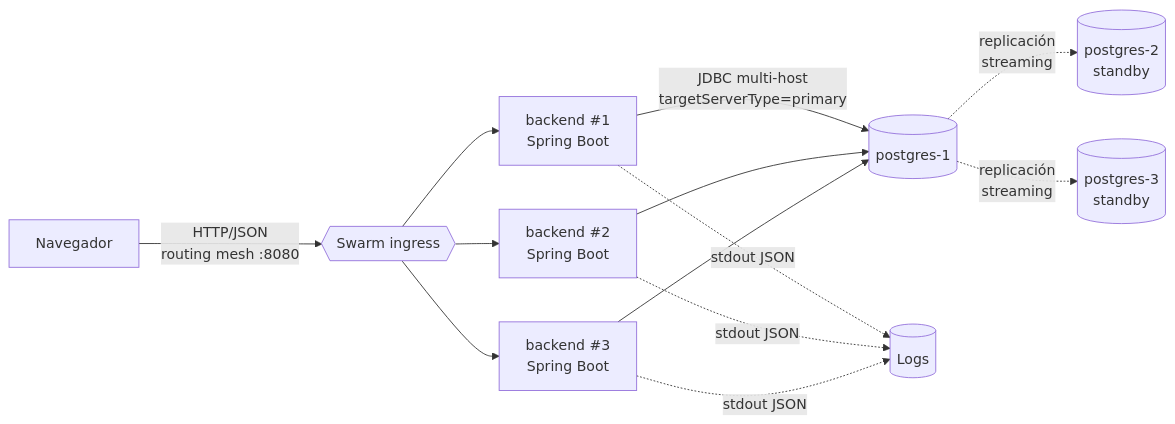
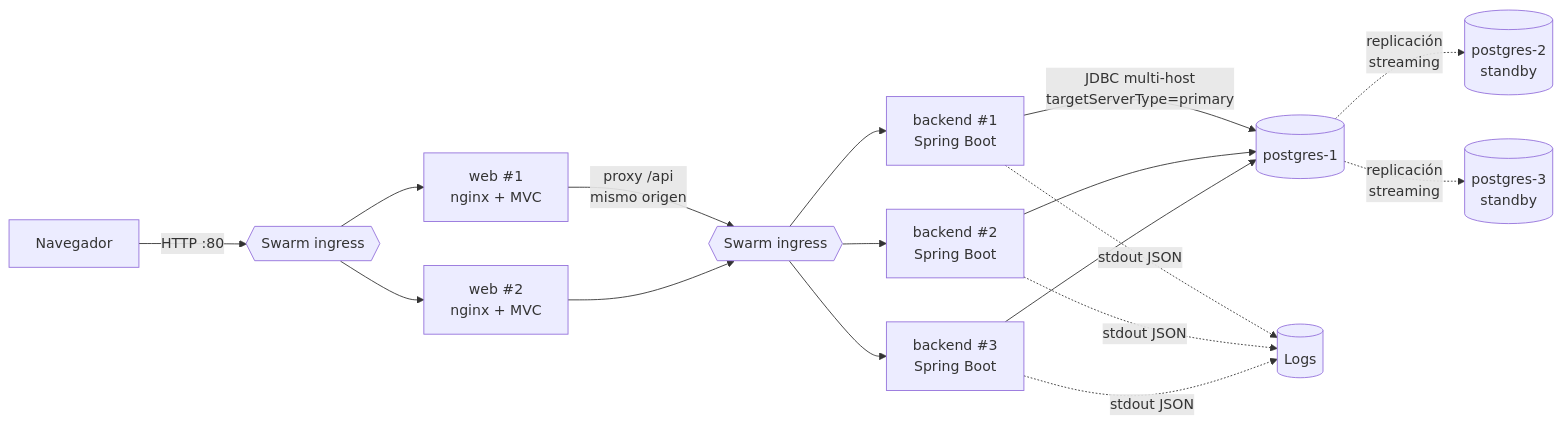
The third of 8 diagrams in backend/docs/documentacion-arquitectura.md (andreMD287/Taller1-ArquiSW), drawn with Mermaid before and after one commit. The commit also changed other lines of this file and 4 other files, not shown here.

````diff
--- a/backend/docs/documentacion-arquitectura.md
+++ b/backend/docs/documentacion-arquitectura.md
@@ -397,15 +405,19 @@
 ```mermaid
 graph LR
-    NAV[Navegador] -->|HTTP/JSON<br/>routing mesh :8080| SWARM{{Swarm ingress}}
-    SWARM --> B1[backend #1<br/>Spring Boot]
-    SWARM --> B2[backend #2<br/>Spring Boot]
-    SWARM --> B3[backend #3<br/>Spring Boot]
+    NAV[Navegador] -->|HTTP :80| ING1{{Swarm ingress}}
+    ING1 --> W1["web #1<br/>nginx + MVC"]
+    ING1 --> W2["web #2<br/>nginx + MVC"]
+    W1 -->|proxy /api<br/>mismo origen| ING2{{Swarm ingress}}
+    W2 --> ING2
+    ING2 --> B1[backend #1<br/>Spring Boot]
+    ING2 --> B2[backend #2<br/>Spring Boot]
+    ING2 --> B3[backend #3<br/>Spring Boot]
     B1 -->|JDBC multi-host<br/>targetServerType=primary| PG1[(postgres-1)]
     B2 --> PG1
     B3 --> PG1
     PG1 -.->|replicación<br/>streaming| PG2[(postgres-2<br/>standby)]
     PG1 -.->|replicación<br/>streaming| PG3[(postgres-3<br/>standby)]
     B1 -.->|stdout JSON| LOG[(Logs)]
     B2 -.->|stdout JSON| LOG
     B3 -.->|stdout JSON| LOG
 ```
````
